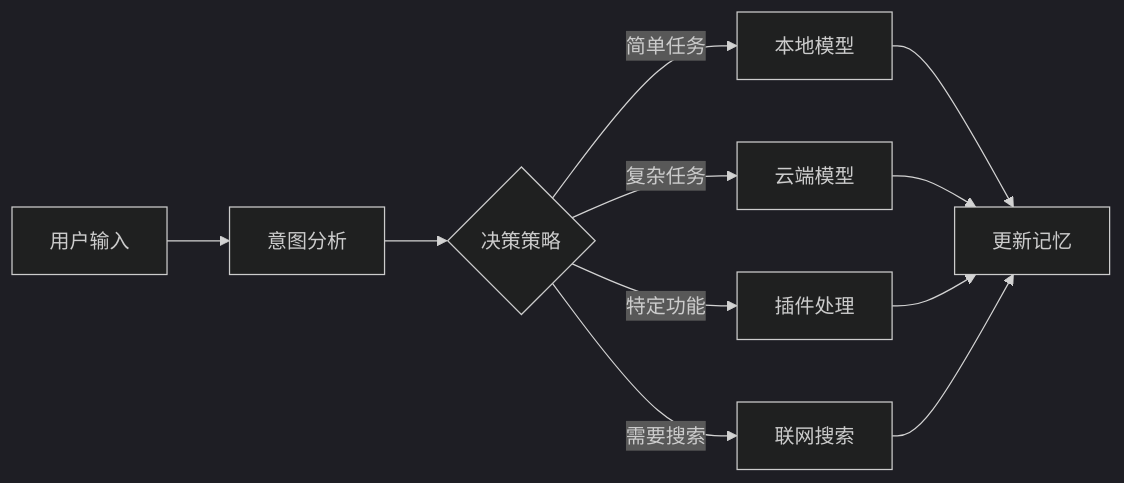
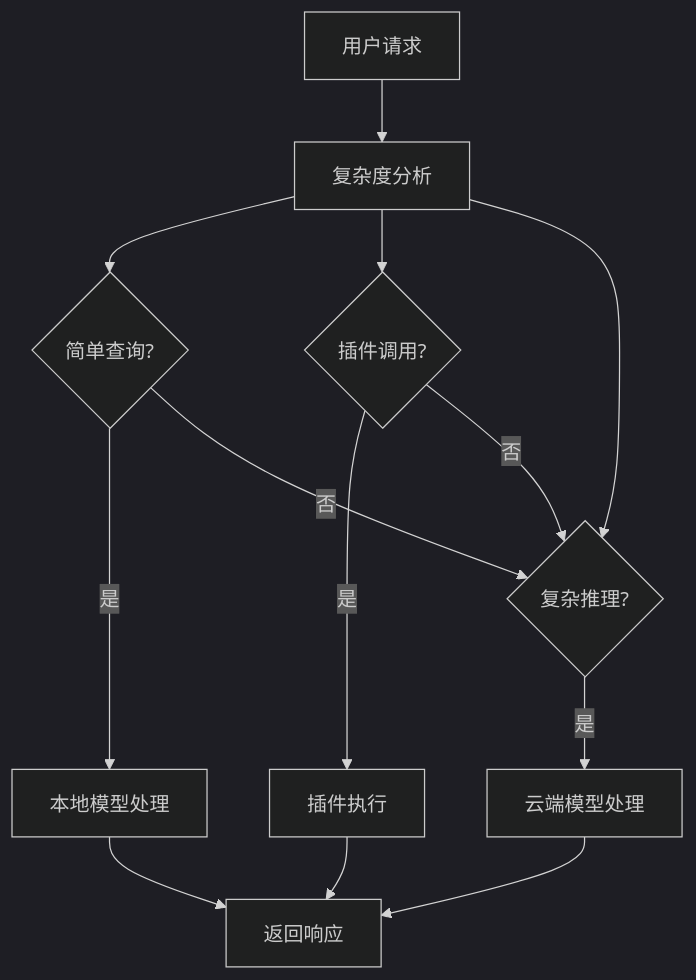
The second of 8 diagrams in docs/architecture.md (JadeSnow7/assistant), drawn with Mermaid (dark theme) before and after one commit. The commit also changed other lines of this file and 4597 other files, not shown here.

````diff
--- a/docs/architecture.md
+++ b/docs/architecture.md
@@ -61,13 +102,19 @@
 ```mermaid
-graph LR
-    Input[用户输入] --> Intent[意图分析]
-    Intent --> Decision{决策策略}
-    Decision -->|简单任务| Local[本地模型]
-    Decision -->|复杂任务| Cloud[云端模型]
-    Decision -->|特定功能| Plugin[插件处理]
-    Decision -->|需要搜索| Search[联网搜索]
-    Local --> Memory[更新记忆]
-    Cloud --> Memory
-    Plugin --> Memory
-    Search --> Memory
+flowchart TD
+    REQUEST[用户请求] --> ANALYZE[复杂度分析]
+    
+    ANALYZE --> SIMPLE{简单查询?}
+    ANALYZE --> PLUGIN{插件调用?}
+    ANALYZE --> COMPLEX{复杂推理?}
+    
+    SIMPLE -->|是| LOCAL_MODEL[本地模型处理]
+    PLUGIN -->|是| PLUGIN_EXEC[插件执行]
+    COMPLEX -->|是| CLOUD_MODEL[云端模型处理]
+    
+    LOCAL_MODEL --> RESPONSE[返回响应]
+    PLUGIN_EXEC --> RESPONSE
+    CLOUD_MODEL --> RESPONSE
+    
+    SIMPLE -->|否| COMPLEX
+    PLUGIN -->|否| COMPLEX
 ```
````
